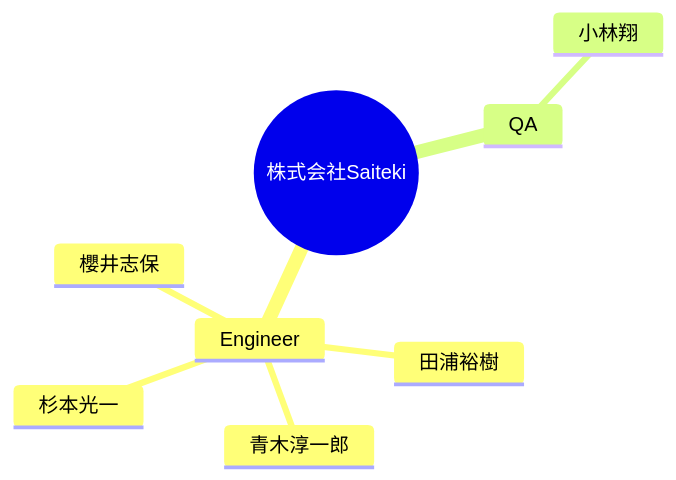
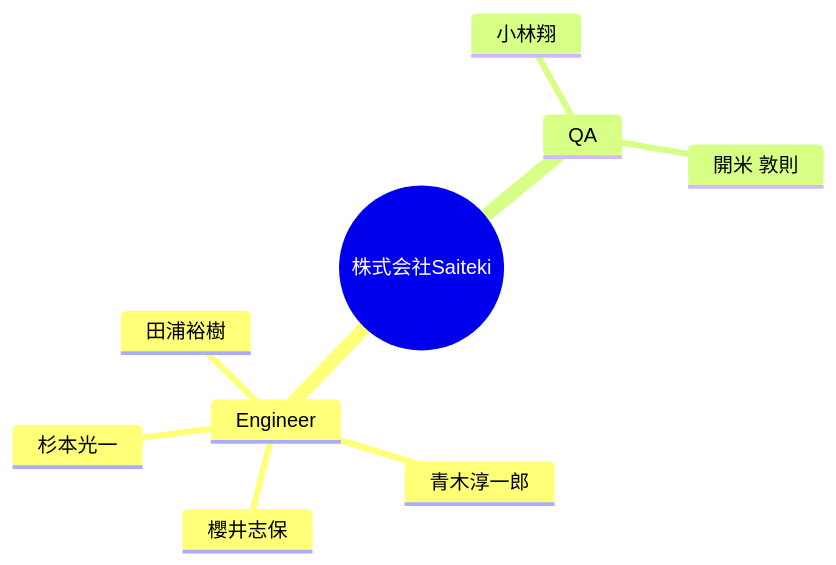
Before and after one commit to Saitekiinc-com/saiteki-employee-management: the diagram in docs/TEAM.md, drawn with Mermaid. The commit also changed other lines of this file and 2 other files, not shown here.

Commit message:
Update employee data from Issue #9

````diff
--- a/docs/TEAM.md
+++ b/docs/TEAM.md
@@ -5,11 +5,12 @@
 ```mermaid
 mindmap
   root((株式会社Saiteki))
     Engineer
       杉本光一
       青木淳一郎
       櫻井志保
       田浦裕樹
     QA
       小林翔
+      開米 敦則
 ```
````
